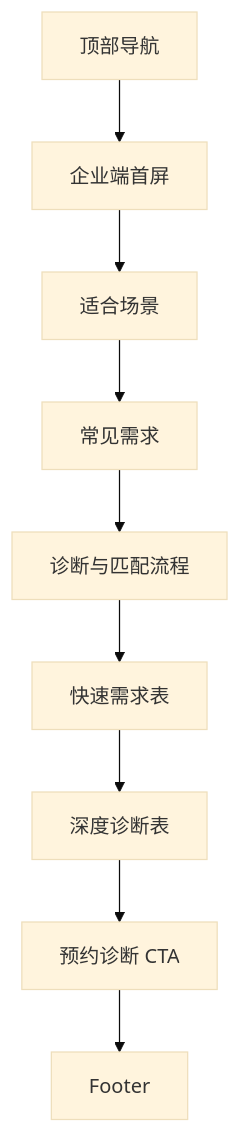
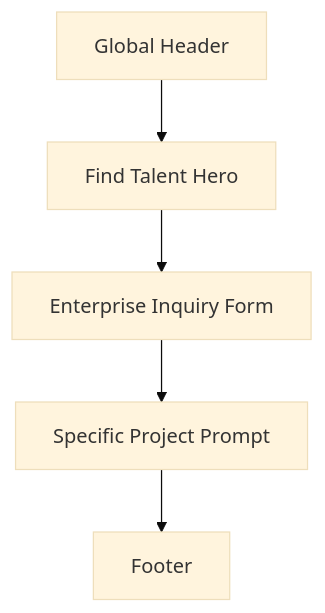
Before and after one commit to Gaming33/zan: the diagram in docs/find/find-talent.md, drawn with Mermaid (base theme). The commit also changed other lines of this file and 17 other files, not shown here.

````diff
--- a/docs/find/find-talent.md
+++ b/docs/find/find-talent.md
@@ -28,11 +229,7 @@
 ```mermaid
 flowchart TD
-  A[顶部导航] --> B[企业端首屏]
-  B --> C[适合场景]
-  C --> D[常见需求]
-  D --> E[诊断与匹配流程]
-  E --> F[快速需求表]
-  F --> G[深度诊断表]
-  G --> H[预约诊断 CTA]
-  H --> I[Footer]
+  A[Global Header] --> B[Find Talent Hero]
+  B --> C[Enterprise Inquiry Form]
+  C --> D[Specific Project Prompt]
+  D --> E[Footer]
 ```
````
